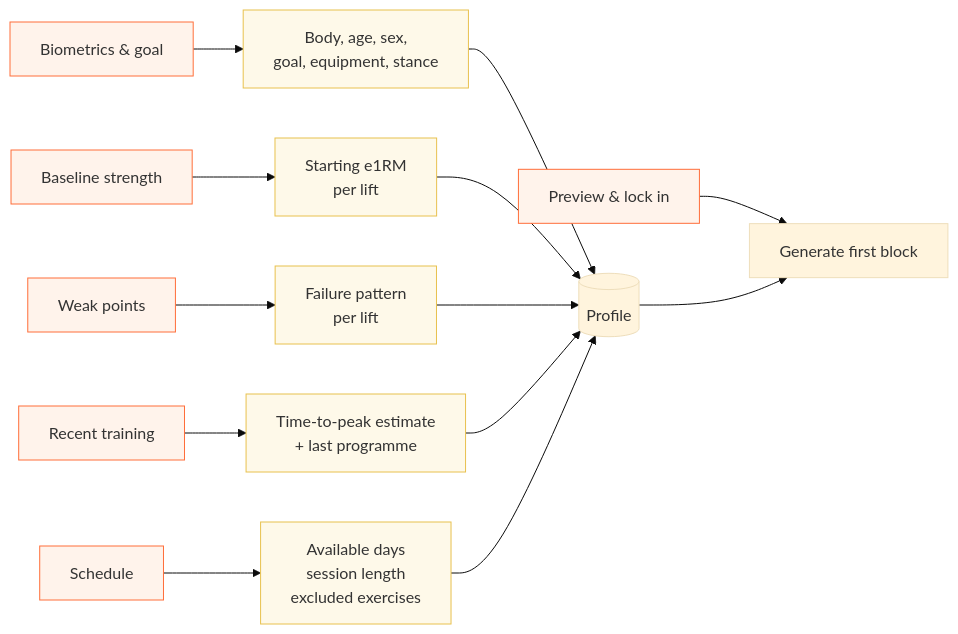
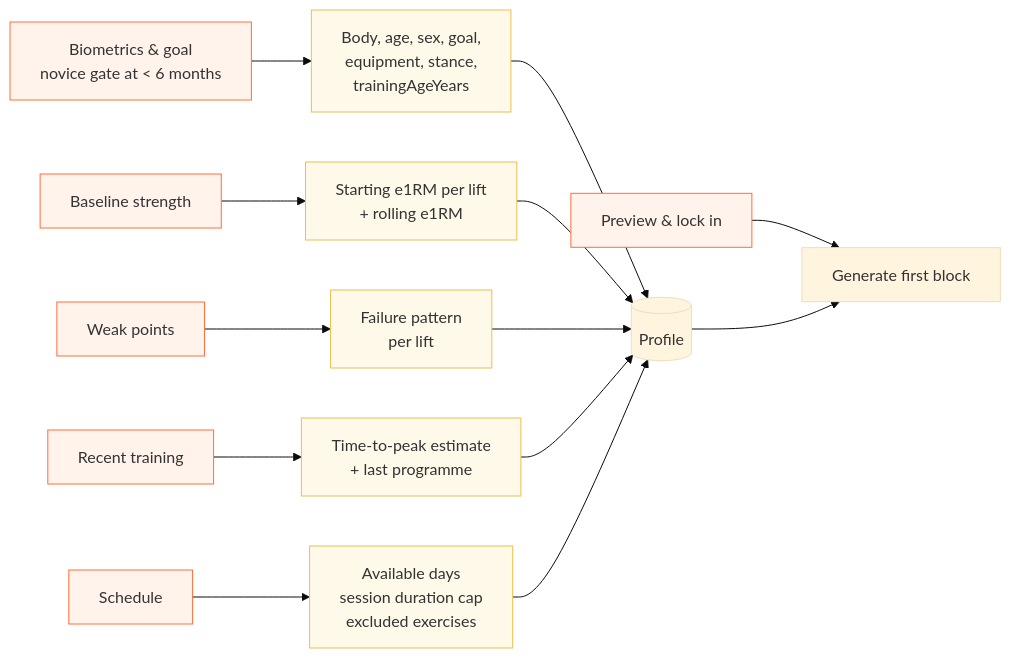
Before and after one commit to taylorelley/tensile: the second of 8 diagrams in docs/program-generation.md, drawn with Mermaid (base theme). The commit also changed other lines of this file, not shown here.

````diff
--- a/docs/program-generation.md
+++ b/docs/program-generation.md
@@ -58,17 +64,17 @@
 ```mermaid
 flowchart LR
-  S1[Biometrics & goal] --> P1[Body, age, sex,<br/>goal, equipment, stance]
-  S2[Baseline strength] --> P2[Starting e1RM<br/>per lift]
+  S1[Biometrics & goal<br/>novice gate at &lt; 6 months] --> P1[Body, age, sex, goal,<br/>equipment, stance,<br/>trainingAgeYears]
+  S2[Baseline strength] --> P2[Starting e1RM per lift<br/>+ rolling e1RM]
   S3[Weak points] --> P3[Failure pattern<br/>per lift]
   S4[Recent training] --> P4[Time-to-peak estimate<br/>+ last programme]
-  S5[Schedule] --> P5[Available days<br/>session length<br/>excluded exercises]
+  S5[Schedule] --> P5[Available days<br/>session duration cap<br/>excluded exercises]
   S6[Preview & lock in] --> G[Generate first block]
 
   P1 & P2 & P3 & P4 & P5 --> Profile[(Profile)]
   Profile --> G
 
   classDef screen fill:#fff3eb,stroke:#ff6e3a,color:#333;
   classDef field fill:#fef9e9,stroke:#e8c14e,color:#333;
   class S1,S2,S3,S4,S5,S6 screen;
   class P1,P2,P3,P4,P5 field;
 ```
````
